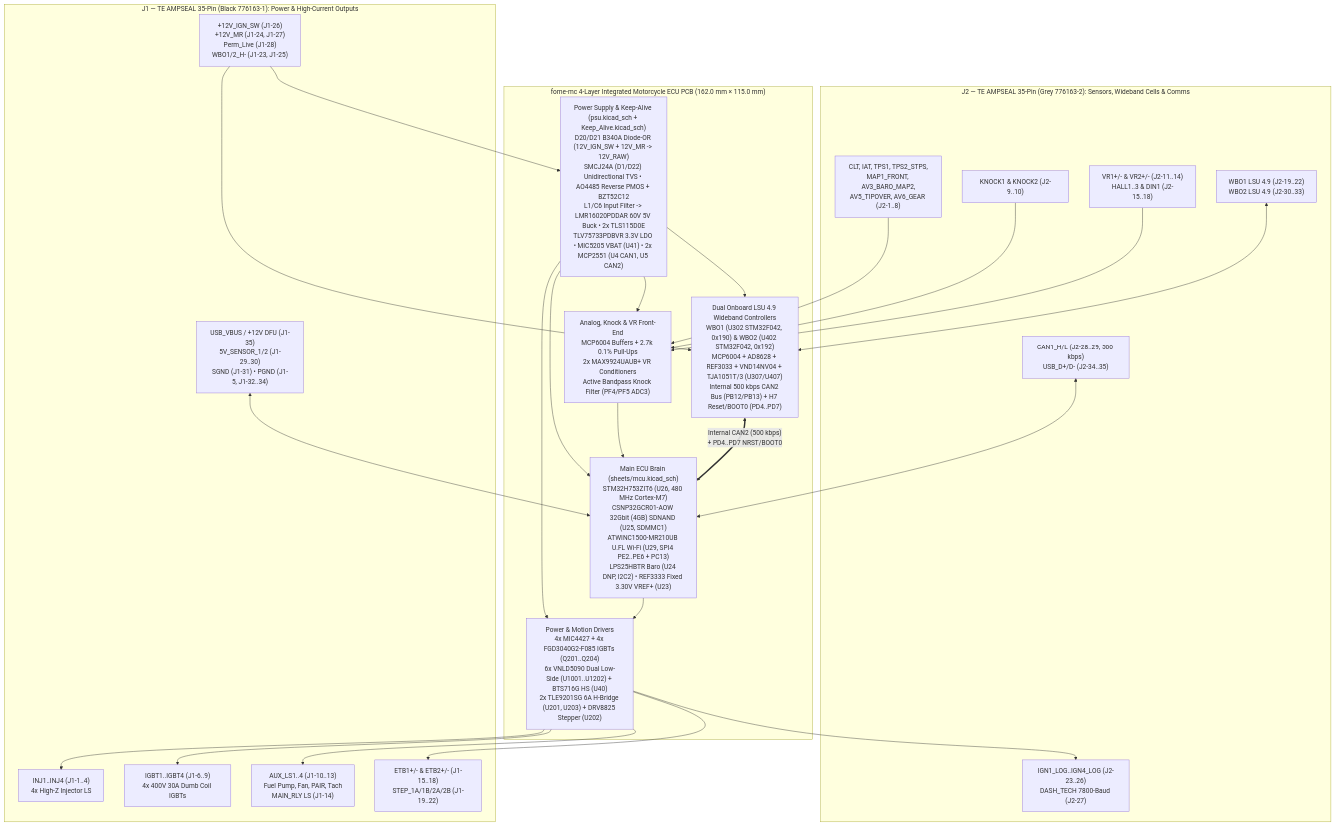
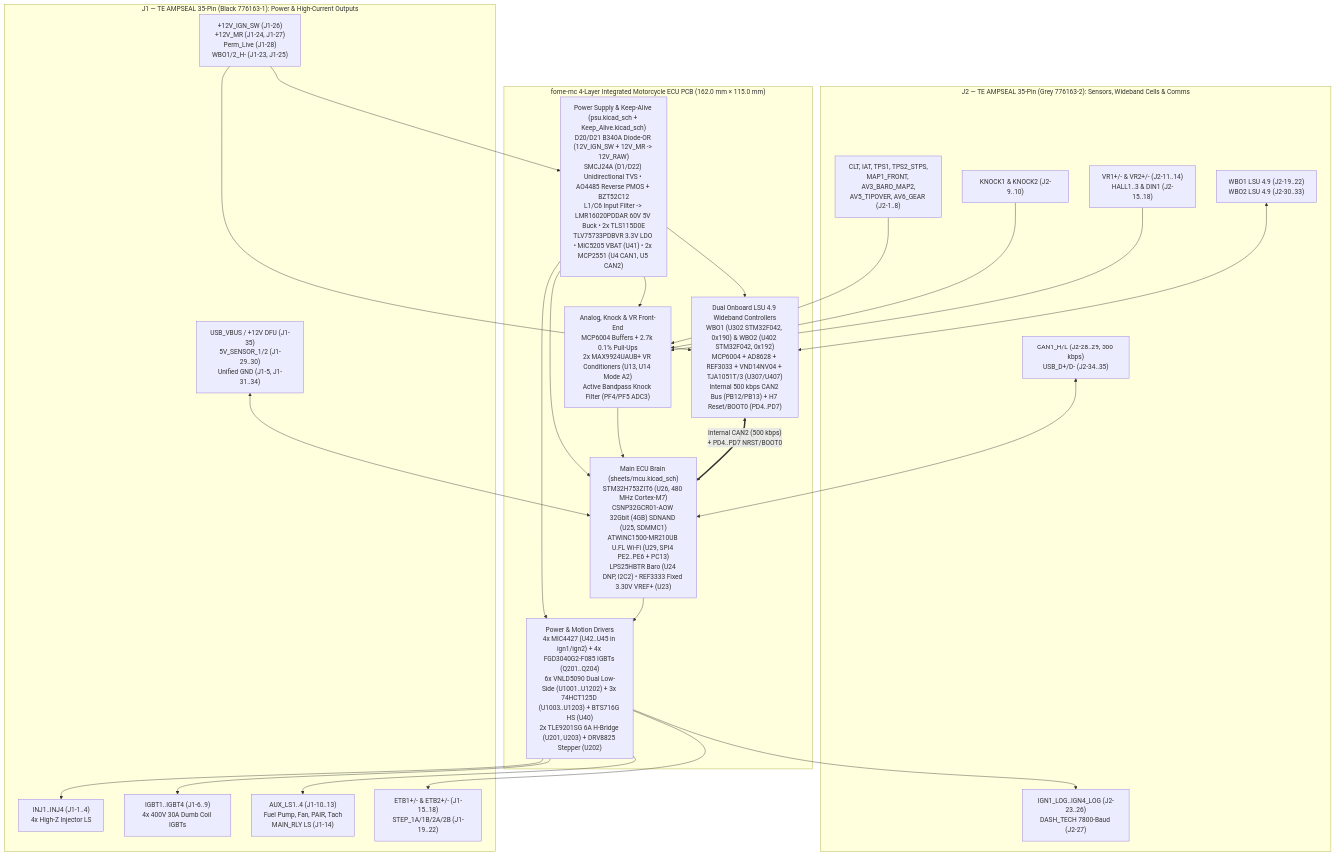
One commit to halbritt/fome-mc changed the diagram in README.md. Above: the diagram before and after it, drawn with Mermaid. The commit also changed other lines of this file and 137 other files, not shown here.

````diff
--- a/README.md
+++ b/README.md
@@ -30,38 +30,38 @@
 ```mermaid
 flowchart TB
     subgraph J1["J1 — TE AMPSEAL 35-Pin (Black 776163-1): Power & High-Current Outputs"]
         J1_PWR["+12V_IGN_SW (J1-26)<br/>+12V_MR (J1-24, J1-27)<br/>Perm_Live (J1-28)<br/>WBO1/2_H- (J1-23, J1-25)"]
         J1_INJ["INJ1..INJ4 (J1-1..4)<br/>4x High-Z Injector LS"]
         J1_IGBT["IGBT1..IGBT4 (J1-6..9)<br/>4x 400V 30A Dumb Coil IGBTs"]
         J1_AUX["AUX_LS1..4 (J1-10..13)<br/>Fuel Pump, Fan, PAIR, Tach<br/>MAIN_RLY LS (J1-14)"]
         J1_MOT["ETB1+/- & ETB2+/- (J1-15..18)<br/>STEP_1A/1B/2A/2B (J1-19..22)"]
-        J1_DFU["USB_VBUS / +12V DFU (J1-35)<br/>5V_SENSOR_1/2 (J1-29..30)<br/>SGND (J1-31) • PGND (J1-5, J1-32..34)"]
+        J1_DFU["USB_VBUS / +12V DFU (J1-35)<br/>5V_SENSOR_1/2 (J1-29..30)<br/>Unified GND (J1-5, J1-31..34)"]
     end
 
     subgraph J2["J2 — TE AMPSEAL 35-Pin (Grey 776163-2): Sensors, Wideband Cells & Comms"]
         J2_ANA["CLT, IAT, TPS1, TPS2_STPS,<br/>MAP1_FRONT, AV3_BARO_MAP2,<br/>AV5_TIPOVER, AV6_GEAR (J2-1..8)"]
         J2_KNK["KNOCK1 & KNOCK2 (J2-9..10)"]
         J2_TRG["VR1+/- & VR2+/- (J2-11..14)<br/>HALL1..3 & DIN1 (J2-15..18)"]
         J2_WBO["WBO1 LSU 4.9 (J2-19..22)<br/>WBO2 LSU 4.9 (J2-30..33)"]
         J2_IGN["IGN1_LOG..IGN4_LOG (J2-23..26)<br/>DASH_TECH 7800-Baud (J2-27)"]
         J2_COM["CAN1_H/L (J2-28..29, 500 kbps)<br/>USB_D+/D- (J2-34..35)"]
     end
 
     subgraph PCB["fome-mc 4-Layer Integrated Motorcycle ECU PCB (162.0 mm × 115.0 mm)"]
         PSU["Power Supply & Keep-Alive (psu.kicad_sch + Keep_Alive.kicad_sch)<br/>D20/D21 B340A Diode-OR (12V_IGN_SW + 12V_MR -> 12V_RAW)<br/>SMCJ24A (D1/D22) Unidirectional TVS • AO4485 Reverse PMOS + BZT52C12<br/>L1/C6 Input Filter -> LMR16020PDDAR 60V 5V Buck • 2x TLS115D0E<br/>TLV75733PDBVR 3.3V LDO • MIC5205 VBAT (U41) • 2x MCP2551 (U4 CAN1, U5 CAN2)"]
         MCU["Main ECU Brain (sheets/mcu.kicad_sch)<br/>STM32H753ZIT6 (U26, 480 MHz Cortex-M7)<br/>CSNP32GCR01-AOW 32Gbit (4GB) SDNAND (U25, SDMMC1)<br/>ATWINC1500-MR210UB U.FL Wi-Fi (U29, SPI4 PE2..PE6 + PC13)<br/>LPS25HBTR Baro (U24 DNP, I2C2) • REF3333 Fixed 3.30V VREF+ (U23)"]
-        AFE["Analog, Knock & VR Front-End<br/>MCP6004 Buffers + 2.7k 0.1% Pull-Ups<br/>2x MAX9924UAUB+ VR Conditioners<br/>Active Bandpass Knock Filter (PF4/PF5 ADC3)"]
-        DRV["Power & Motion Drivers<br/>4x MIC4427 + 4x FGD3040G2-F085 IGBTs (Q201..Q204)<br/>6x VNLD5090 Dual Low-Side (U1001..U1202) + BTS716G HS (U40)<br/>2x TLE9201SG 6A H-Bridge (U201, U203) + DRV8825 Stepper (U202)"]
+        AFE["Analog, Knock & VR Front-End<br/>MCP6004 Buffers + 2.7k 0.1% Pull-Ups<br/>2x MAX9924UAUB+ VR Conditioners (U13, U14 Mode A2)<br/>Active Bandpass Knock Filter (PF4/PF5 ADC3)"]
+        DRV["Power & Motion Drivers<br/>4x MIC4427 (U42..U45 in ign1/ign2) + 4x FGD3040G2-F085 IGBTs (Q201..Q204)<br/>6x VNLD5090 Dual Low-Side (U1001..U1202) + 3x 74HCT125D (U1003..U1203) + BTS716G HS (U40)<br/>2x TLE9201SG 6A H-Bridge (U201, U203) + DRV8825 Stepper (U202)"]
         WBO["Dual Onboard LSU 4.9 Wideband Controllers<br/>WBO1 (U302 STM32F042, 0x190) & WBO2 (U402 STM32F042, 0x192)<br/>MCP6004 + AD8628 + REF3033 + VND14NV04 + TJA1051T/3 (U307/U407)<br/>Internal 500 kbps CAN2 Bus (PB12/PB13) + H7 Reset/BOOT0 (PD4..PD7)"]
     end
 
     J1_PWR --> PSU
     PSU --> MCU & AFE & DRV & WBO
     J2_ANA & J2_KNK & J2_TRG --> AFE --> MCU
     J2_WBO <--> WBO
     J1_PWR --> WBO
     WBO <==>|"Internal CAN2 (500 kbps)<br/>+ PD4..PD7 NRST/BOOT0"| MCU
     MCU --> DRV
     DRV --> J1_INJ & J1_IGBT & J1_AUX & J1_MOT & J2_IGN
     J2_COM & J1_DFU <--> MCU
 ```
````
